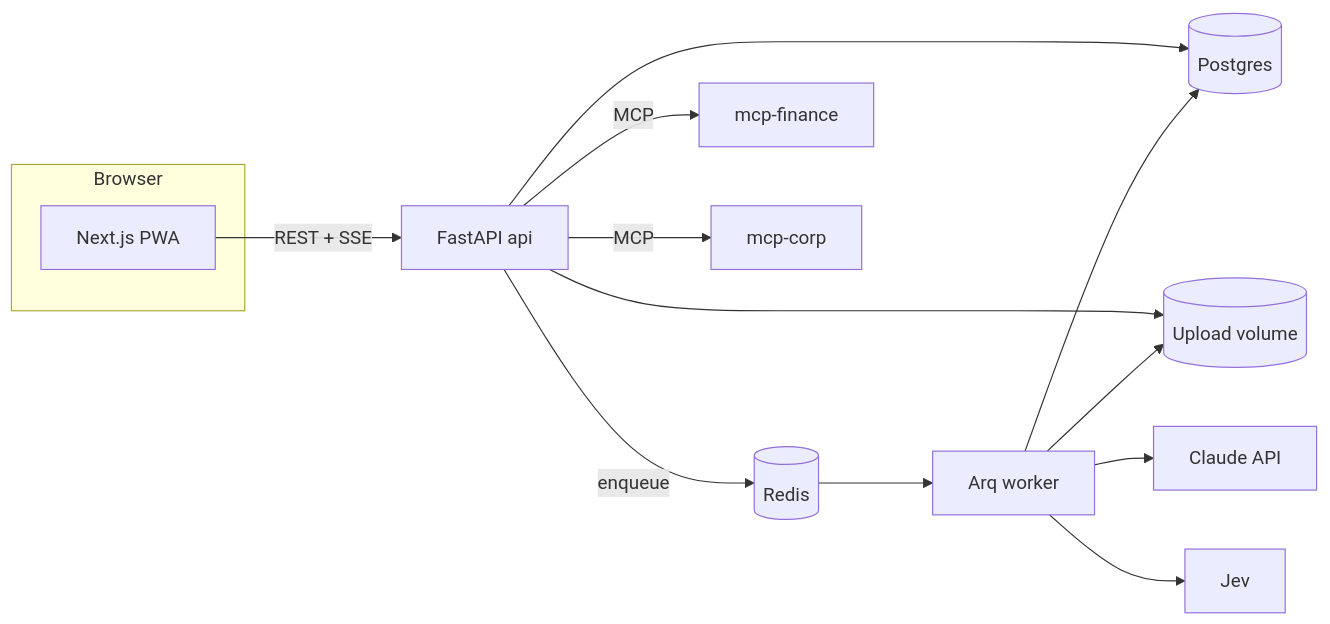
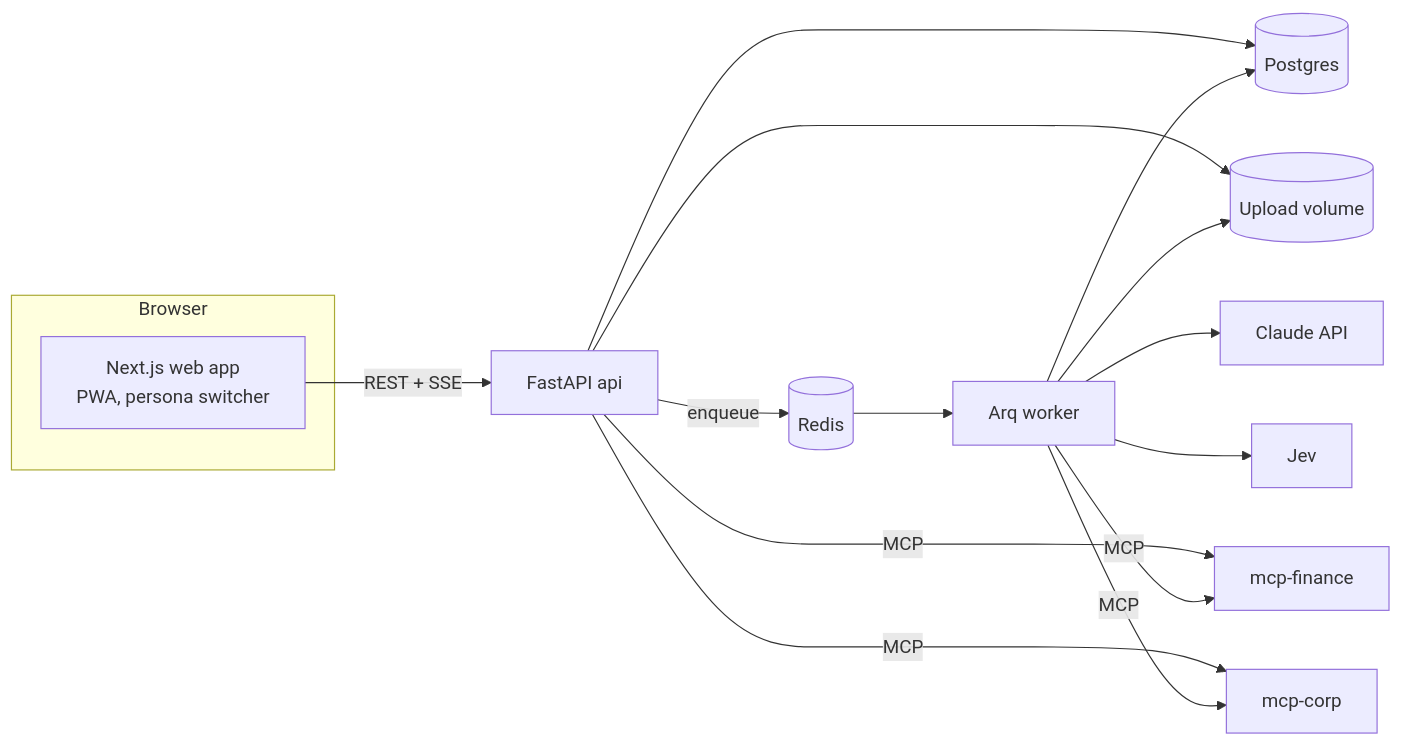
One commit to Shubham-Kanade/claimpilot changed the second of 8 diagrams in docs/TECHNICAL_DESIGN.md. Above: the diagram before and after it, drawn with Mermaid. The commit also changed other lines of this file and 4 other files, not shown here.

````diff
--- a/docs/TECHNICAL_DESIGN.md
+++ b/docs/TECHNICAL_DESIGN.md
@@ -54,15 +76,15 @@
 ```mermaid
 flowchart LR
   subgraph Browser
-    W[Next.js PWA]
+    W[Next.js web app<br/>PWA, persona switcher]
   end
   W -- REST + SSE --> API[FastAPI api]
   API -- enqueue --> R[(Redis)]
   R --> WK[Arq worker]
   API & WK --> PG[(Postgres)]
   API & WK --> V[(Upload volume)]
   WK --> C[Claude API]
   WK --> J[Jev]
-  API -- MCP --> MF[mcp-finance]
-  API -- MCP --> MC[mcp-corp]
+  API & WK -- MCP --> MF[mcp-finance]
+  API & WK -- MCP --> MC[mcp-corp]
 ```
````
